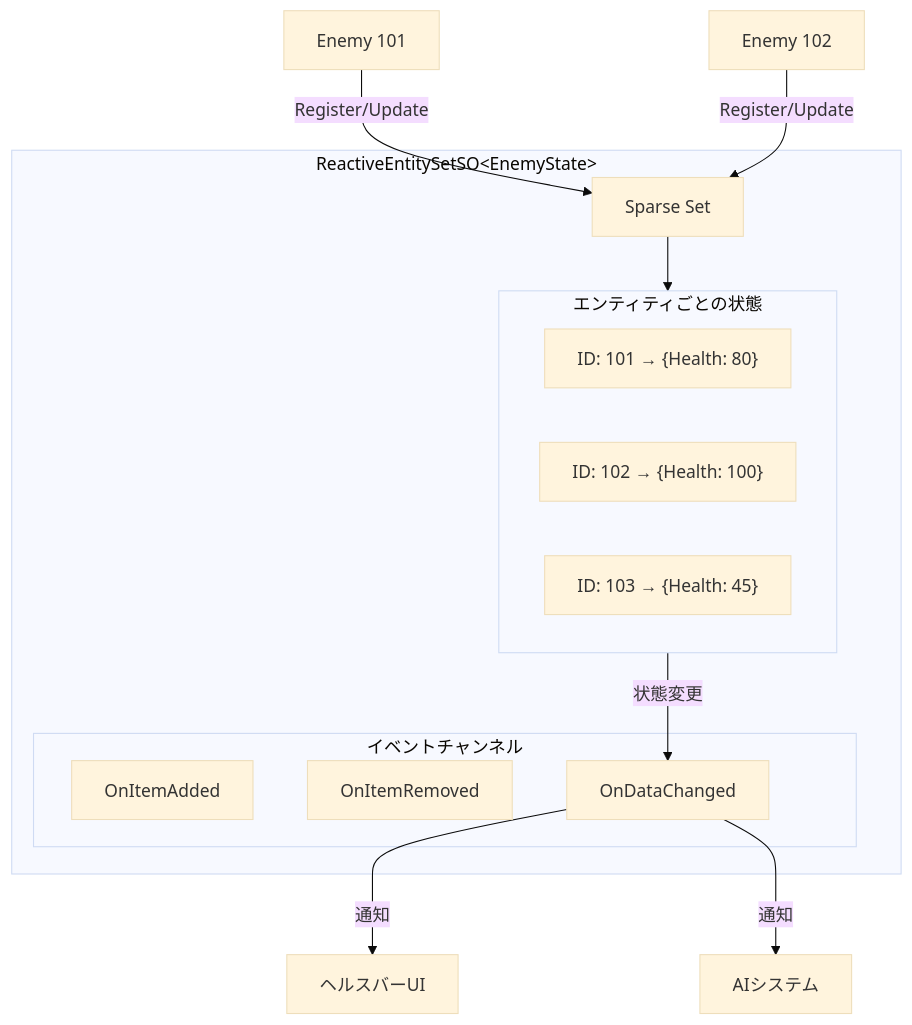
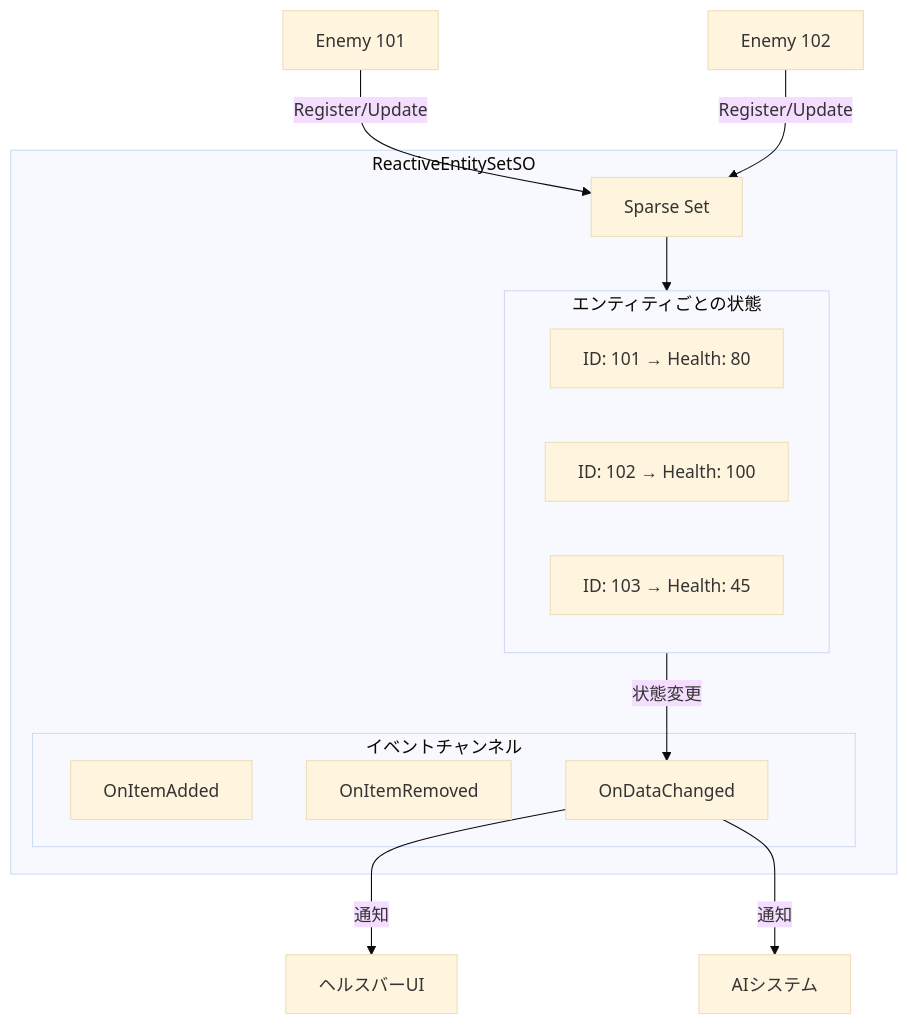
The diagram in ja/guides/reactive-entity-sets/index.md (tang3cko/ReactiveSO-docs), drawn with Mermaid (base theme) before and after one commit. The commit also changed other lines of this file and 23 other files, not shown here.

Commit message:
docs: add Mermaid diagrams across userguide documentation

````diff
--- a/ja/guides/reactive-entity-sets/index.md
+++ b/ja/guides/reactive-entity-sets/index.md
@@ -91,24 +91,24 @@
 ```mermaid
 flowchart TB
-    subgraph EntitySet["ReactiveEntitySetSO&lt;EnemyState&gt;"]
+    subgraph EntitySet["ReactiveEntitySetSO<EnemyState>"]
         SS[Sparse Set]
         subgraph Data["エンティティごとの状態"]
-            D1["ID: 101 → {Health: 80}"]
-            D2["ID: 102 → {Health: 100}"]
-            D3["ID: 103 → {Health: 45}"]
+            D1["ID: 101 → Health: 80"]
+            D2["ID: 102 → Health: 100"]
+            D3["ID: 103 → Health: 45"]
         end
         subgraph Events["イベントチャンネル"]
             E1[OnItemAdded]
             E2[OnItemRemoved]
             E3[OnDataChanged]
         end
     end
 
     Enemy1[Enemy 101] -->|Register/Update| SS
     Enemy2[Enemy 102] -->|Register/Update| SS
     SS --> Data
 
     Data -->|状態変更| E3
     E3 -->|通知| UI[ヘルスバーUI]
     E3 -->|通知| AI[AIシステム]
 ```
````
